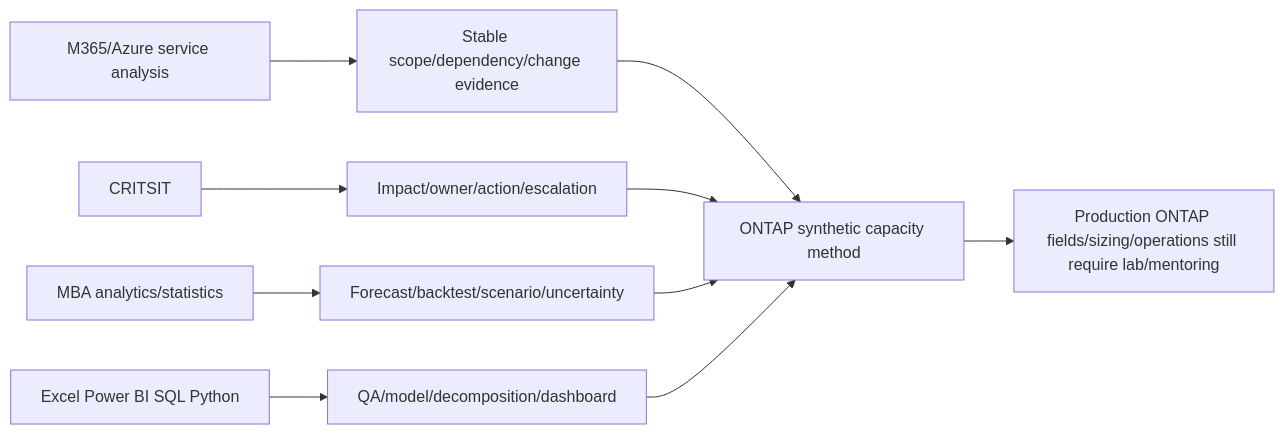
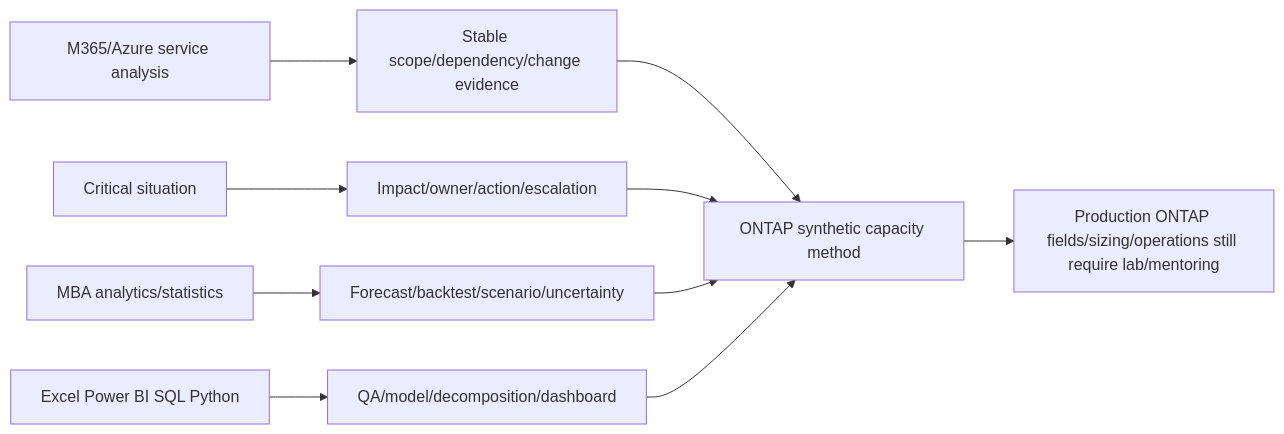
Before and after one commit to hichauhan-in/Interview-Prep: diagram 32 of 33 in NetApp TAM/prep/Part-45-capacity-analytics-forecasting.md, drawn with Mermaid. The commit also changed other lines of this file and 493 other files, not shown here.

````diff
--- a/NetApp TAM/prep/Part-45-capacity-analytics-forecasting.md
+++ b/NetApp TAM/prep/Part-45-capacity-analytics-forecasting.md
@@ -1148,12 +1148,12 @@
 ```mermaid
 flowchart LR
     M365[M365/Azure service analysis] --> ID[Stable scope/dependency/change evidence]
-    CRIT[CRITSIT] --> RISK[Impact/owner/action/escalation]
+    CRIT[Critical situation] --> RISK[Impact/owner/action/escalation]
     MBA[MBA analytics/statistics] --> FC[Forecast/backtest/scenario/uncertainty]
     TOOLS[Excel Power BI SQL Python] --> PIPE[QA/model/decomposition/dashboard]
     ID --> METHOD[ONTAP synthetic capacity method]
     RISK --> METHOD
     FC --> METHOD
     PIPE --> METHOD
     METHOD --> GAP[Production ONTAP fields/sizing/operations still require lab/mentoring]
 ```
````
